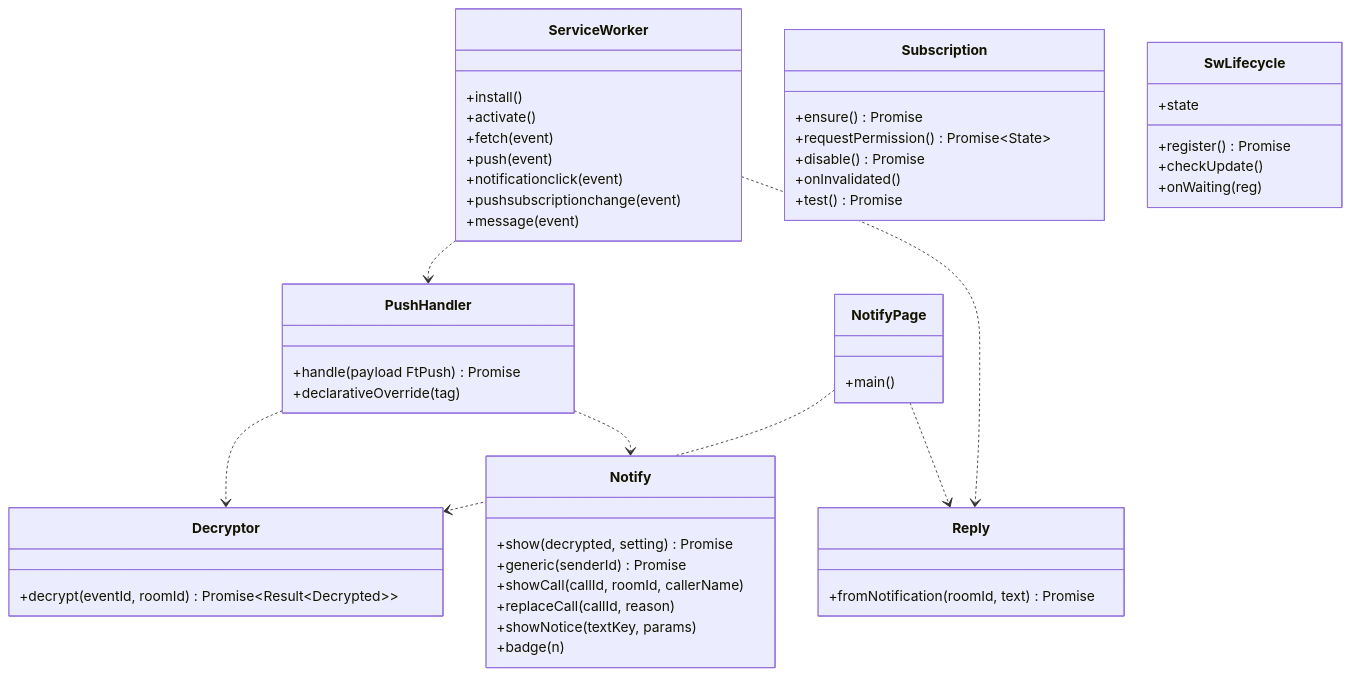
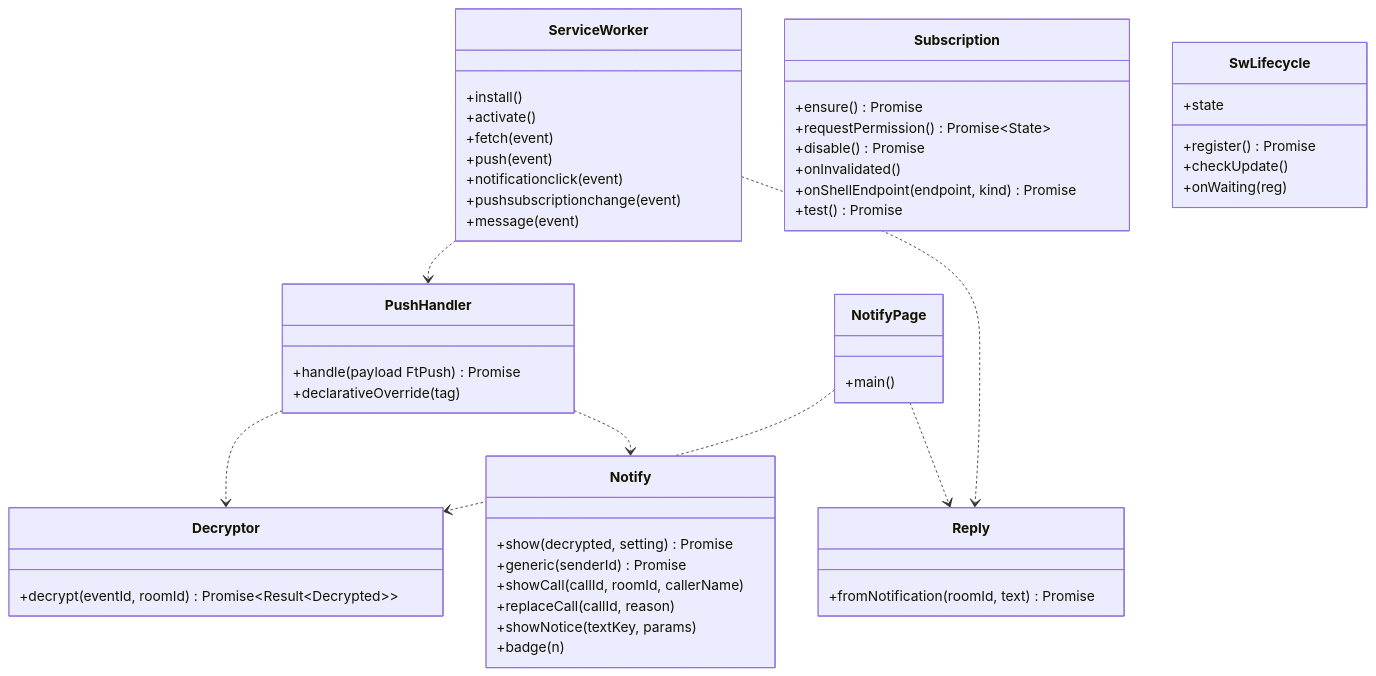
Before and after one commit to nrsd-ishikawasou/family-talk-pwa: the diagram in dev/docs/jp/ブロック/web-push.md, drawn with Mermaid. The commit also changed other lines of this file and 290 other files, not shown here.

````diff
--- a/dev/docs/jp/ブロック/web-push.md
+++ b/dev/docs/jp/ブロック/web-push.md
@@ -18,52 +40,53 @@
 ```mermaid
 classDiagram
   class ServiceWorker {
     +install()
     +activate()
     +fetch(event)
     +push(event)
     +notificationclick(event)
     +pushsubscriptionchange(event)
     +message(event)
   }
   class PushHandler {
     +handle(payload FtPush) Promise
     +declarativeOverride(tag)
   }
   class Decryptor {
     +decrypt(eventId, roomId) Promise~Result~Decrypted~~
   }
   class Notify {
     +show(decrypted, setting) Promise
     +generic(senderId) Promise
     +showCall(callId, roomId, callerName)
     +replaceCall(callId, reason)
     +showNotice(textKey, params)
     +badge(n)
   }
   class Subscription {
     +ensure() Promise
     +requestPermission() Promise~State~
     +disable() Promise
     +onInvalidated()
+    +onShellEndpoint(endpoint, kind) Promise
     +test() Promise
   }
   class Reply {
     +fromNotification(roomId, text) Promise
   }
   class NotifyPage {
     +main()
   }
   class SwLifecycle {
     +register() Promise
     +checkUpdate()
     +onWaiting(reg)
     +state
   }
   ServiceWorker ..> PushHandler
   PushHandler ..> Decryptor
   PushHandler ..> Notify
   ServiceWorker ..> Reply
   NotifyPage ..> Decryptor
   NotifyPage ..> Reply
 ```
````
